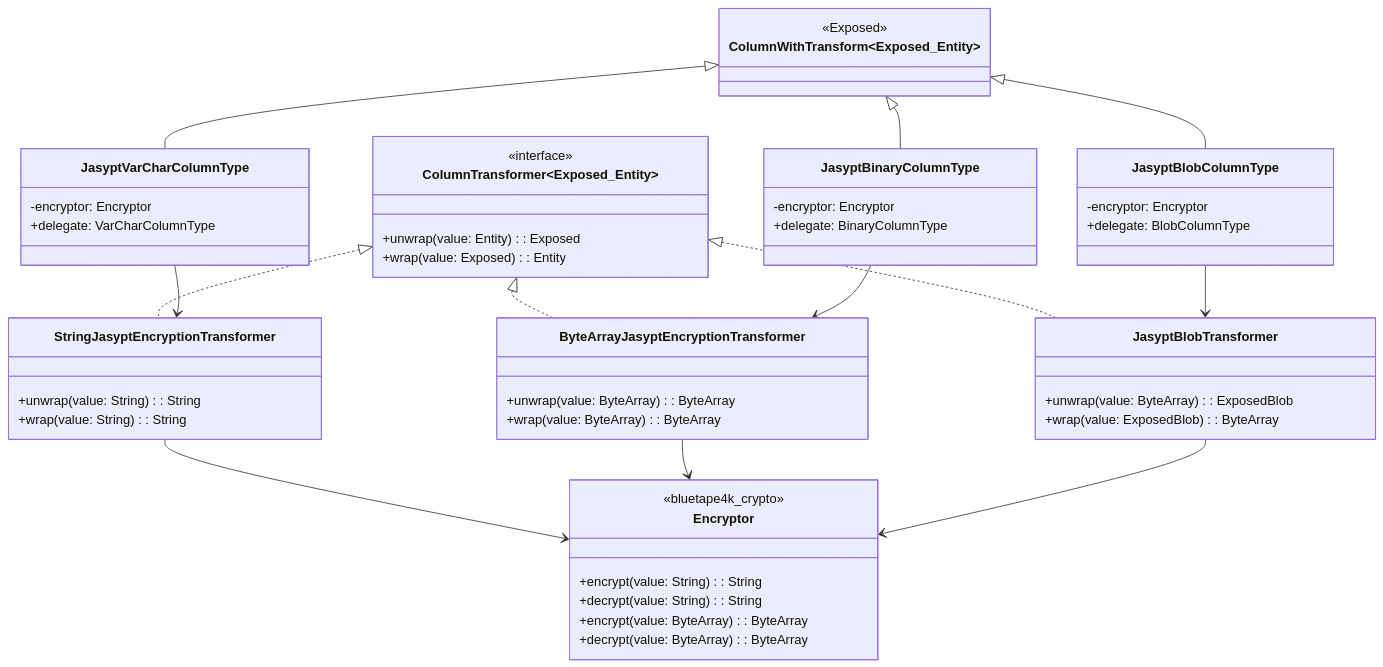
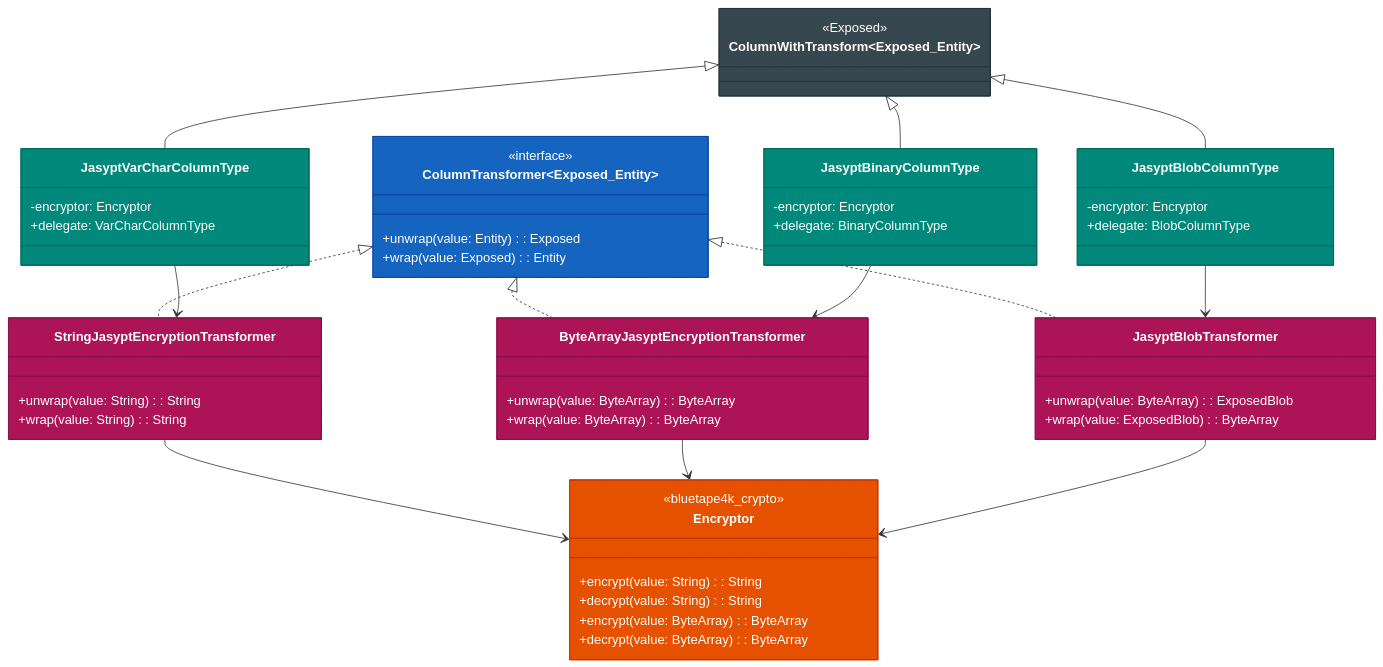
The second of 4 diagrams in data/exposed-jasypt/README.ko.md (bluetape4k/bluetape4k-projects), drawn with Mermaid before and after one commit. The commit also changed other lines of this file and 221 other files, not shown here.

First line of the commit message:
docs: 전체 모듈 README UML 다이어그램 보강 및 색상 업그레이드

````diff
--- a/data/exposed-jasypt/README.ko.md
+++ b/data/exposed-jasypt/README.ko.md
@@ -106,61 +108,71 @@
 ```mermaid
 classDiagram
     class ColumnWithTransform~Exposed_Entity~ {
         <<Exposed>>
     }
     class ColumnTransformer~Exposed_Entity~ {
         <<interface>>
         +unwrap(value: Entity): Exposed
         +wrap(value: Exposed): Entity
     }
 
     class JasyptVarCharColumnType {
         -encryptor: Encryptor
         +delegate: VarCharColumnType
     }
     class JasyptBinaryColumnType {
         -encryptor: Encryptor
         +delegate: BinaryColumnType
     }
     class JasyptBlobColumnType {
         -encryptor: Encryptor
         +delegate: BlobColumnType
     }
 
     class StringJasyptEncryptionTransformer {
         +unwrap(value: String): String
         +wrap(value: String): String
     }
     class ByteArrayJasyptEncryptionTransformer {
         +unwrap(value: ByteArray): ByteArray
         +wrap(value: ByteArray): ByteArray
     }
     class JasyptBlobTransformer {
         +unwrap(value: ByteArray): ExposedBlob
         +wrap(value: ExposedBlob): ByteArray
     }
 
     class Encryptor {
         <<bluetape4k_crypto>>
         +encrypt(value: String): String
         +decrypt(value: String): String
         +encrypt(value: ByteArray): ByteArray
         +decrypt(value: ByteArray): ByteArray
     }
 
     ColumnWithTransform <|-- JasyptVarCharColumnType
     ColumnWithTransform <|-- JasyptBinaryColumnType
     ColumnWithTransform <|-- JasyptBlobColumnType
 
     ColumnTransformer <|.. StringJasyptEncryptionTransformer
     ColumnTransformer <|.. ByteArrayJasyptEncryptionTransformer
     ColumnTransformer <|.. JasyptBlobTransformer
 
     JasyptVarCharColumnType --> StringJasyptEncryptionTransformer
     JasyptBinaryColumnType --> ByteArrayJasyptEncryptionTransformer
     JasyptBlobColumnType --> JasyptBlobTransformer
 
     StringJasyptEncryptionTransformer --> Encryptor
     ByteArrayJasyptEncryptionTransformer --> Encryptor
     JasyptBlobTransformer --> Encryptor
+
+    style ColumnWithTransform fill:#37474F,stroke:#263238,color:#FFFFFF
+    style ColumnTransformer fill:#1565C0,stroke:#0D47A1,color:#FFFFFF
+    style JasyptVarCharColumnType fill:#00897B,stroke:#00695C,color:#FFFFFF
+    style JasyptBinaryColumnType fill:#00897B,stroke:#00695C,color:#FFFFFF
+    style JasyptBlobColumnType fill:#00897B,stroke:#00695C,color:#FFFFFF
+    style StringJasyptEncryptionTransformer fill:#AD1457,stroke:#880E4F,color:#FFFFFF
+    style ByteArrayJasyptEncryptionTransformer fill:#AD1457,stroke:#880E4F,color:#FFFFFF
+    style JasyptBlobTransformer fill:#AD1457,stroke:#880E4F,color:#FFFFFF
+    style Encryptor fill:#E65100,stroke:#BF360C,color:#FFFFFF
 ```
````
